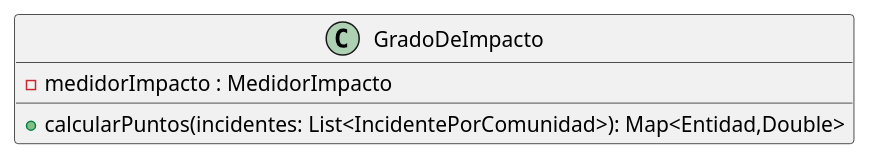
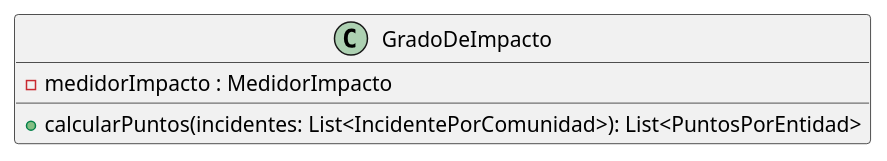
Before and after one commit to mbertogliati/dds-tpa: the diagram in DC/E3/rankings/GradoDeImpacto.puml, drawn with PlantUML. The commit also changed 21 other files, not shown here.

Commit message:
Refactor de Rankings, ahora tenemos un value object PuntosPorEntidad

```diff
--- a/DC/E3/rankings/GradoDeImpacto.puml
+++ b/DC/E3/rankings/GradoDeImpacto.puml
@@ -1,9 +1,9 @@
 @startuml
 'https://plantuml.com/class-diagram
 
 class GradoDeImpacto{
  - medidorImpacto : MedidorImpacto
- + calcularPuntos(incidentes: List<IncidentePorComunidad>): Map<Entidad,Double>
+ + calcularPuntos(incidentes: List<IncidentePorComunidad>): List<PuntosPorEntidad>
 }
 
 @enduml
```
